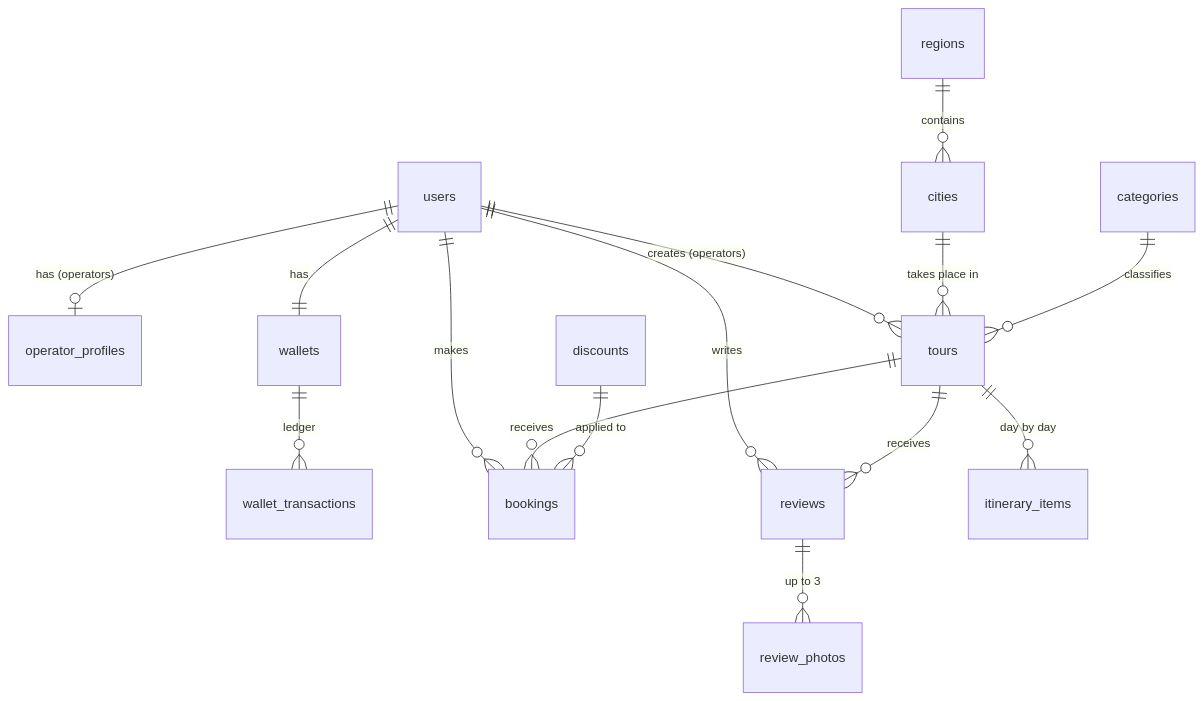
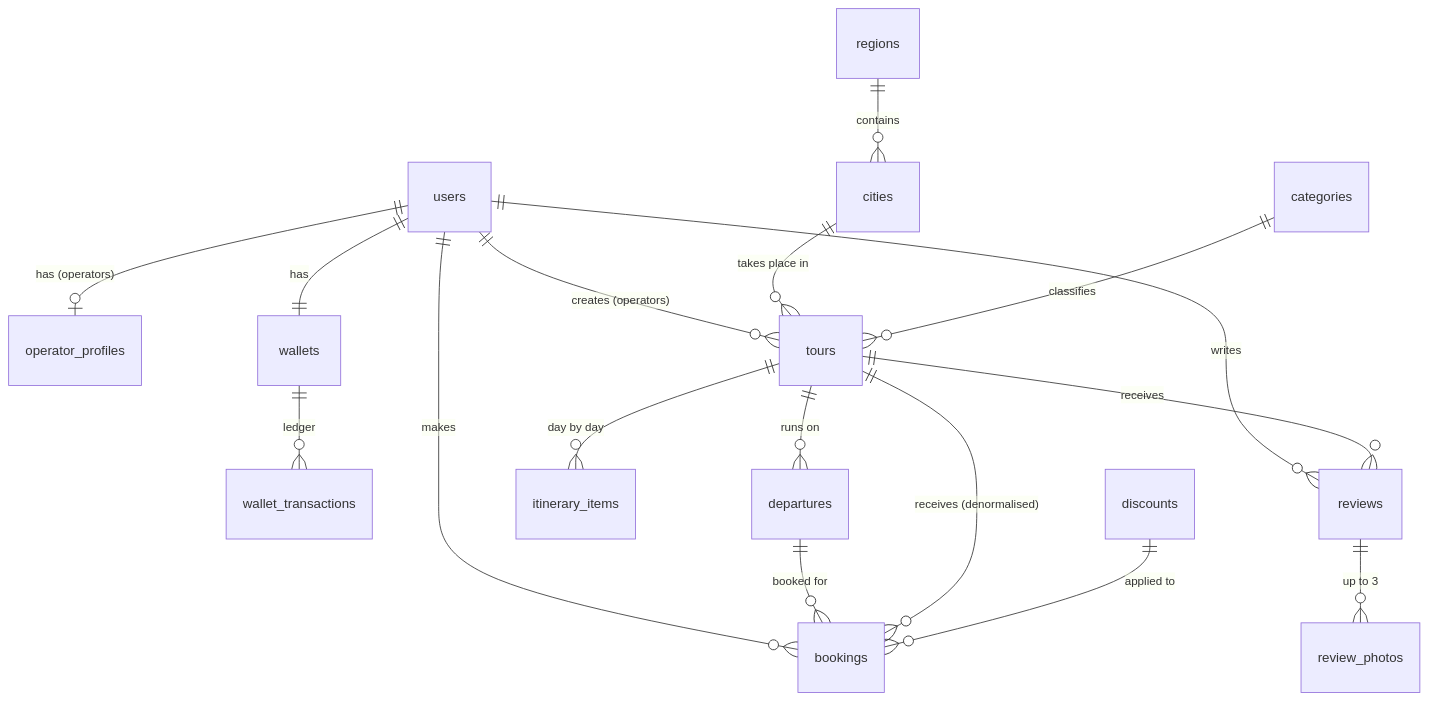
Before and after one commit to Mohammadabouali-svg/Lebanon_tourism: the diagram in docs/04-database.md, drawn with Mermaid. The commit also changed other lines of this file and 65 other files, not shown here.

````diff
--- a/docs/04-database.md
+++ b/docs/04-database.md
@@ -5,17 +5,19 @@
 ```mermaid
 erDiagram
     users ||--o| operator_profiles : "has (operators)"
     users ||--|| wallets : has
     wallets ||--o{ wallet_transactions : "ledger"
     users ||--o{ tours : "creates (operators)"
     users ||--o{ bookings : makes
     users ||--o{ reviews : writes
     regions ||--o{ cities : contains
     cities ||--o{ tours : "takes place in"
     categories ||--o{ tours : classifies
     tours ||--o{ itinerary_items : "day by day"
-    tours ||--o{ bookings : receives
+    tours ||--o{ departures : "runs on"
+    departures ||--o{ bookings : "booked for"
+    tours ||--o{ bookings : "receives (denormalised)"
     tours ||--o{ reviews : receives
     reviews ||--o{ review_photos : "up to 3"
     discounts ||--o{ bookings : "applied to"
 ```
````
